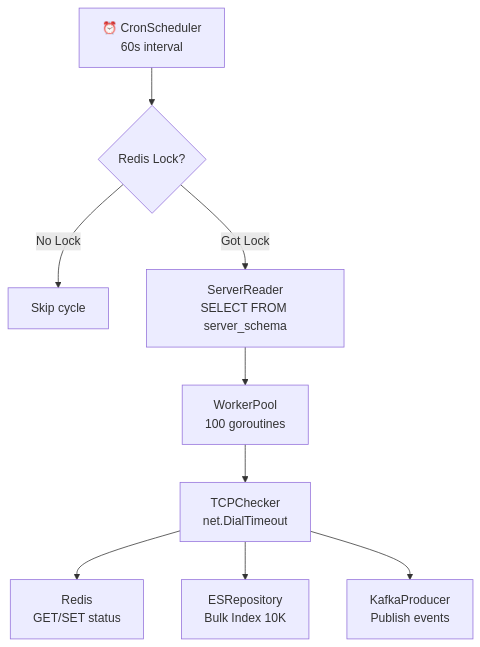
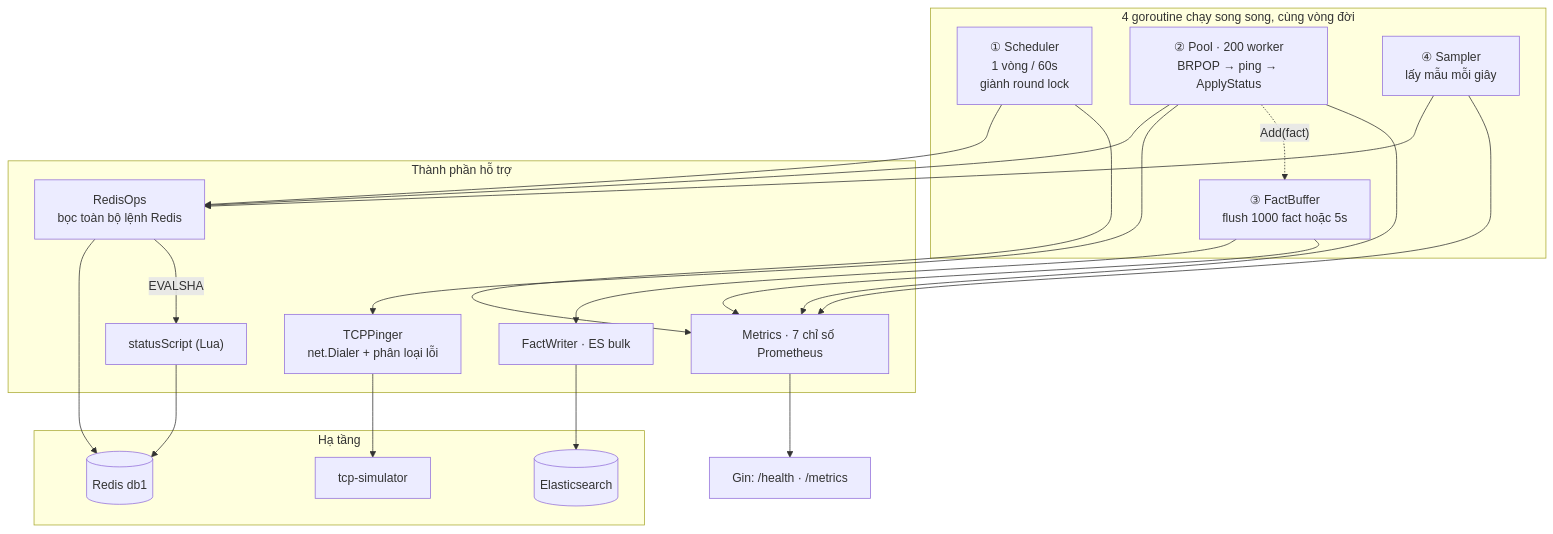
Before and after one commit to dwchwang/sms_microservice: the third of 6 diagrams in .claude/diagrams/component-diagram.md, drawn with Mermaid. The commit also changed other lines of this file and 21 other files, not shown here.

````diff
--- a/.claude/diagrams/component-diagram.md
+++ b/.claude/diagrams/component-diagram.md
@@ -118,11 +136,41 @@
 ```mermaid
-flowchart TB
-    Cron["⏰ CronScheduler<br/>60s interval"] --> Lock{"Redis Lock?"}
-    Lock -->|"No Lock"| Skip["Skip cycle"]
-    Lock -->|"Got Lock"| Fetch["ServerReader<br/>SELECT FROM server_schema"]
-    Fetch --> Pool["WorkerPool<br/>100 goroutines"]
-    Pool --> Checker["TCPChecker<br/>net.DialTimeout"]
-    Checker --> Redis["Redis<br/>GET/SET status"]
-    Checker --> ES["ESRepository<br/>Bulk Index 10K"]
-    Checker --> Kafka["KafkaProducer<br/>Publish events"]
+graph TB
+    subgraph LOOPS["4 goroutine chạy song song, cùng vòng đời"]
+        SCH["① Scheduler<br/>1 vòng / 60s<br/>giành round lock"]
+        POOL["② Pool · 200 worker<br/>BRPOP → ping → ApplyStatus"]
+        FB["③ FactBuffer<br/>flush 1000 fact hoặc 5s"]
+        SMP["④ Sampler<br/>lấy mẫu mỗi giây"]
+    end
+
+    subgraph HELP["Thành phần hỗ trợ"]
+        OPS["RedisOps<br/>bọc toàn bộ lệnh Redis"]
+        PING["TCPPinger<br/>net.Dialer + phân loại lỗi"]
+        LUA["statusScript (Lua)"]
+        MET["Metrics · 7 chỉ số Prometheus"]
+        FW["FactWriter · ES bulk"]
+    end
+
+    subgraph INFRA["Hạ tầng"]
+        RD[("Redis db1")]
+        ES[("Elasticsearch")]
+        SIM["tcp-simulator"]
+    end
+
+    HTTP["Gin: /health · /metrics"]
+
+    SCH --> OPS
+    POOL --> OPS
+    SMP --> OPS
+    OPS --> RD
+    OPS -->|"EVALSHA"| LUA --> RD
+
+    POOL --> PING --> SIM
+    POOL -.->|"Add(fact)"| FB
+    FB --> FW --> ES
+
+    SCH --> MET
+    POOL --> MET
+    FB --> MET
+    SMP --> MET
+    MET --> HTTP
 ```
````
